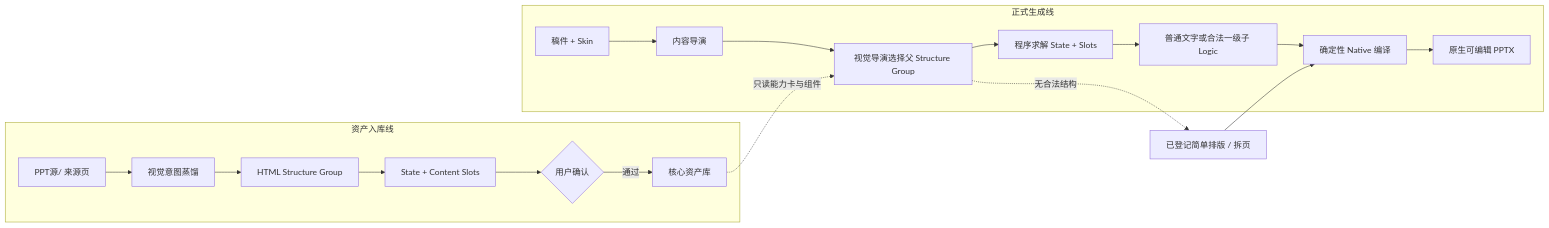
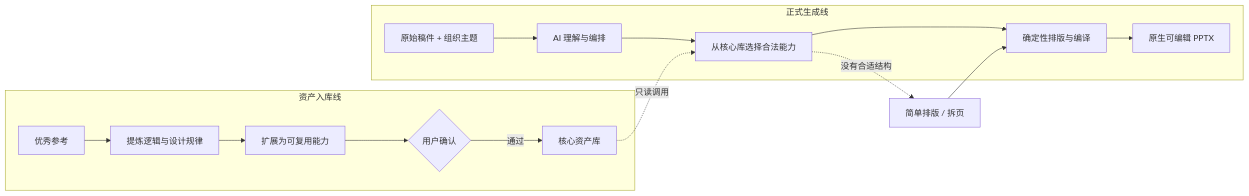
One commit to NEUwpy/PPagenT changed the diagram in docs/产品叙事.md. Above: the diagram before and after it, drawn with Mermaid. The commit also changed other lines of this file and 62 other files, not shown here.

````diff
--- a/docs/产品叙事.md
+++ b/docs/产品叙事.md
@@ -89,21 +89,18 @@
 ```mermaid
 flowchart LR
     subgraph I["资产入库线"]
-        A["PPT源/ 来源页"] --> B["视觉意图蒸馏"]
-        B --> C["HTML Structure Group"]
-        C --> D["State + Content Slots"]
-        D --> E{"用户确认"}
+        A["优秀参考"] --> B["提炼逻辑与设计规律"]
+        B --> C["扩展为可复用能力"]
+        C --> E{"用户确认"}
         E -->|通过| F["核心资产库"]
     end
     subgraph G["正式生成线"]
-        H["稿件 + Skin"] --> J["内容导演"]
-        J --> K["视觉导演选择父 Structure Group"]
-        K --> L["程序求解 State + Slots"]
-        L --> M["普通文字或合法一级子 Logic"]
-        M --> N["确定性 Native 编译"]
+        H["原始稿件 + 组织主题"] --> J["AI 理解与编排"]
+        J --> K["从核心库选择合法能力"]
+        K --> N["确定性排版与编译"]
         N --> O["原生可编辑 PPTX"]
     end
-    F -."只读能力卡与组件".-> K
-    K -."无合法结构".-> P["已登记简单排版 / 拆页"]
+    F -."只读调用".-> K
+    K -."没有合适结构".-> P["简单排版 / 拆页"]
     P --> N
 ```
````
